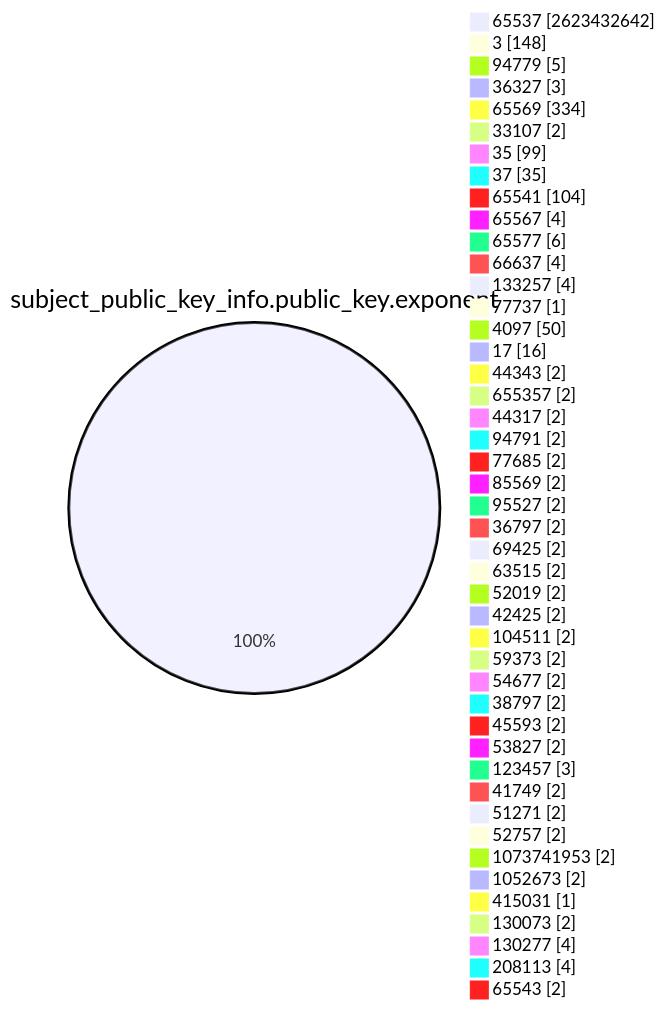
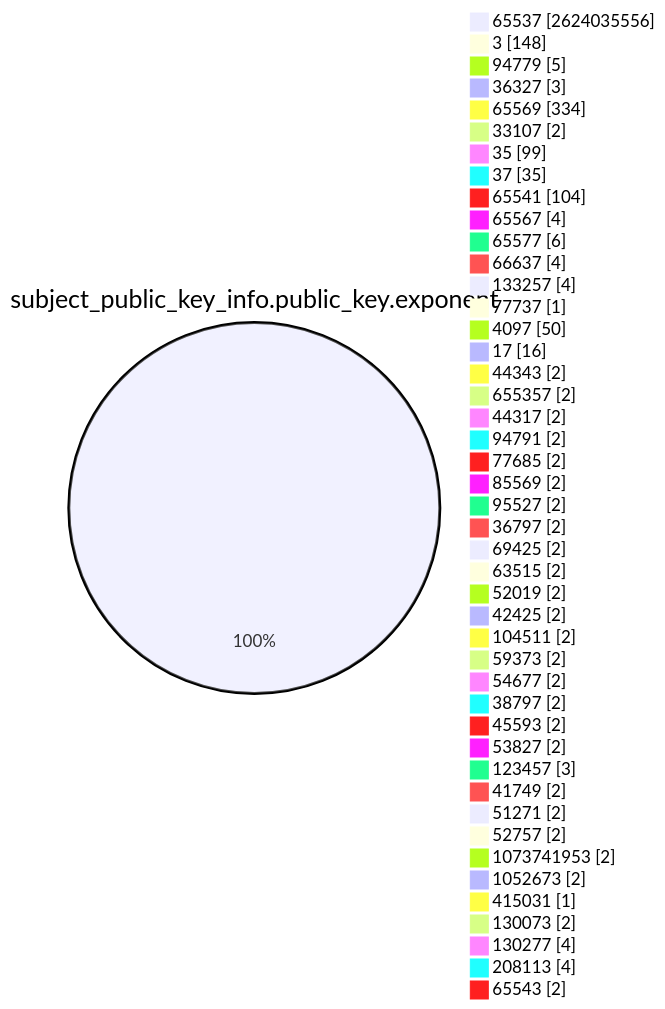
Before and after one commit to christiankrug/ctmonitor_visualization: the fourth of 15 diagrams in TOTAL/README.md, drawn with Mermaid. The commit also changed other lines of this file, not shown here.

````diff
--- a/TOTAL/README.md
+++ b/TOTAL/README.md
@@ -1466,49 +1466,49 @@
 ```mermaid
 pie showData
 title subject_public_key_info.public_key.exponent
-"65537" :2623432642
+"65537" :2624035556
 "3" :148
 "94779" :5
 "36327" :3
 "65569" :334
 "33107" :2
 "35" :99
 "37" :35
 "65541" :104
 "65567" :4
 "65577" :6
 "66637" :4
 "133257" :4
 "77737" :1
 "4097" :50
 "17" :16
 "44343" :2
 "655357" :2
 "44317" :2
 "94791" :2
 "77685" :2
 "85569" :2
 "95527" :2
 "36797" :2
 "69425" :2
 "63515" :2
 "52019" :2
 "42425" :2
 "104511" :2
 "59373" :2
 "54677" :2
 "38797" :2
 "45593" :2
 "53827" :2
 "123457" :3
 "41749" :2
 "51271" :2
 "52757" :2
 "1073741953" :2
 "1052673" :2
 "415031" :1
 "130073" :2
 "130277" :4
 "208113" :4
 "65543" :2
 ```
````
